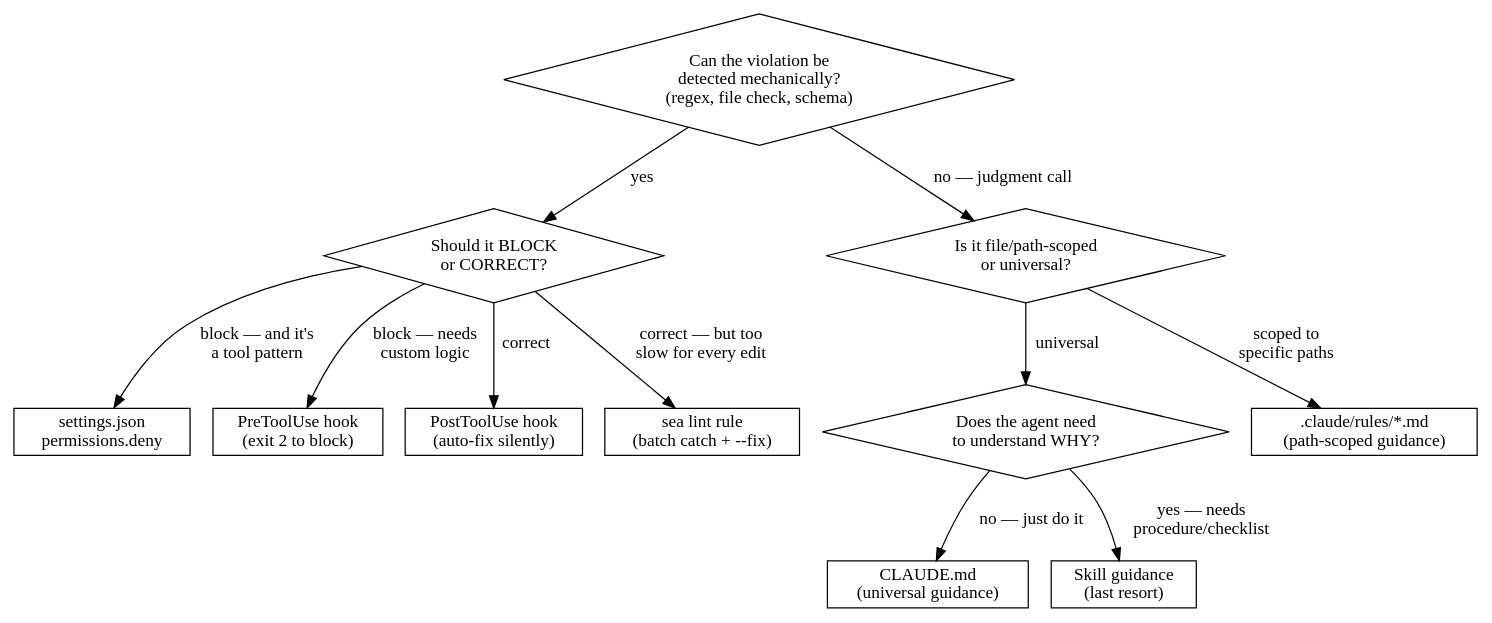
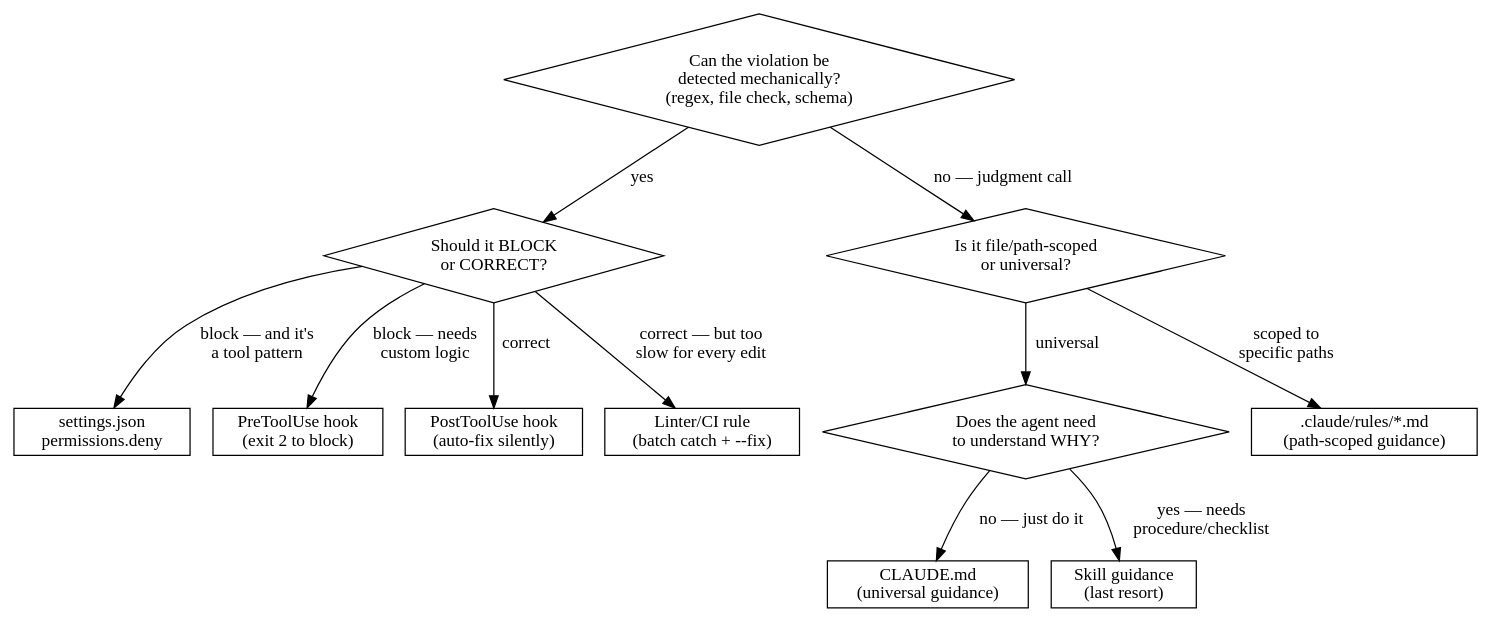
Before and after one commit to Thedougler/agent-skills: the diagram in enforced-in-code/SKILL.md, drawn with Graphviz. The commit also changed other lines of this file and 1 other file, not shown here.

````diff
--- a/enforced-in-code/SKILL.md
+++ b/enforced-in-code/SKILL.md
@@ -16,31 +16,31 @@
 ```dot
 digraph enforce {
   rankdir=TB;
   node [shape=diamond];
 
   Q1 [label="Can the violation be\ndetected mechanically?\n(regex, file check, schema)"];
   Q2 [label="Should it BLOCK\nor CORRECT?"];
   Q3 [label="Is it file/path-scoped\nor universal?"];
   Q4 [label="Does the agent need\nto understand WHY?"];
 
   node [shape=box];
   PERMISSION [label="settings.json\npermissions.deny"];
   PRE_HOOK [label="PreToolUse hook\n(exit 2 to block)"];
   POST_HOOK [label="PostToolUse hook\n(auto-fix silently)"];
-  LINT [label="sea lint rule\n(batch catch + --fix)"];
+  LINT [label="Linter/CI rule\n(batch catch + --fix)"];
   RULE [label=".claude/rules/*.md\n(path-scoped guidance)"];
   CLAUDEMD [label="CLAUDE.md\n(universal guidance)"];
   SKILL [label="Skill guidance\n(last resort)"];
 
   Q1 -> Q2 [label="yes"];
   Q1 -> Q3 [label="no — judgment call"];
   Q2 -> PERMISSION [label="block — and it's\na tool pattern"];
   Q2 -> PRE_HOOK [label="block — needs\ncustom logic"];
   Q2 -> POST_HOOK [label="correct"];
   Q2 -> LINT [label="correct — but too\nslow for every edit"];
   Q3 -> RULE [label="scoped to\nspecific paths"];
   Q3 -> Q4 [label="universal"];
   Q4 -> CLAUDEMD [label="no — just do it"];
   Q4 -> SKILL [label="yes — needs\nprocedure/checklist"];
 }
 ```
````
